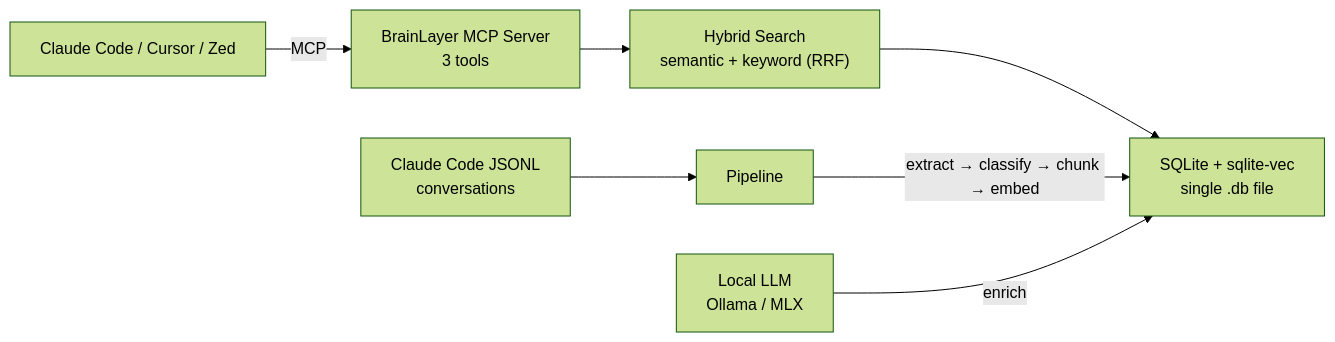
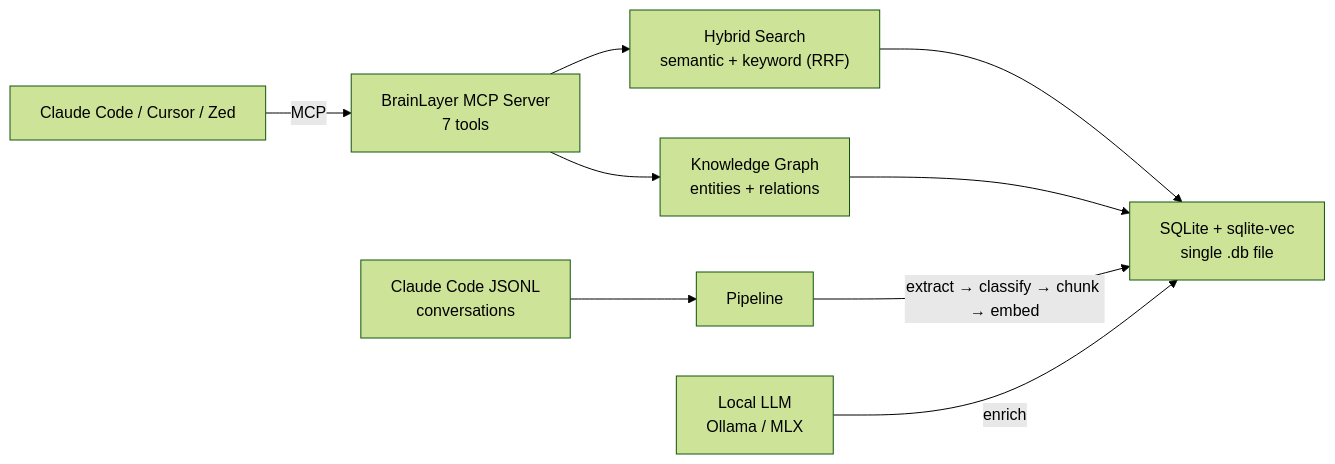
Before and after one commit to EtanHey/brainlayer: the diagram in README.md, drawn with Mermaid (forest theme). The commit also changed other lines of this file and 3 other files, not shown here.

````diff
--- a/README.md
+++ b/README.md
@@ -87,10 +90,12 @@
 ```mermaid
 graph LR
-    A["Claude Code / Cursor / Zed"] -->|MCP| B["BrainLayer MCP Server<br/>3 tools"]
+    A["Claude Code / Cursor / Zed"] -->|MCP| B["BrainLayer MCP Server<br/>7 tools"]
     B --> C["Hybrid Search<br/>semantic + keyword (RRF)"]
     C --> D["SQLite + sqlite-vec<br/>single .db file"]
+    B --> KG["Knowledge Graph<br/>entities + relations"]
+    KG --> D
 
     E["Claude Code JSONL<br/>conversations"] --> F["Pipeline"]
     F -->|extract → classify → chunk → embed| D
     G["Local LLM<br/>Ollama / MLX"] -->|enrich| D
 ```
````
